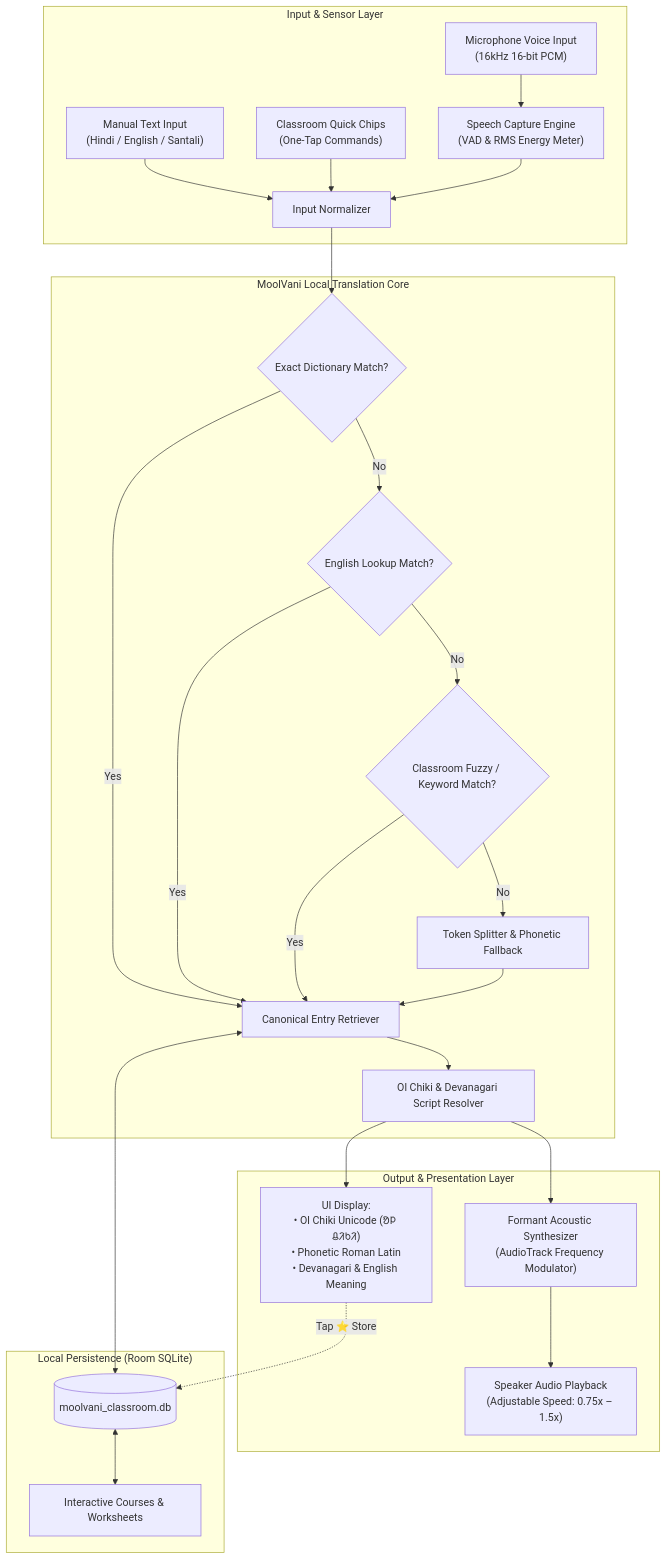
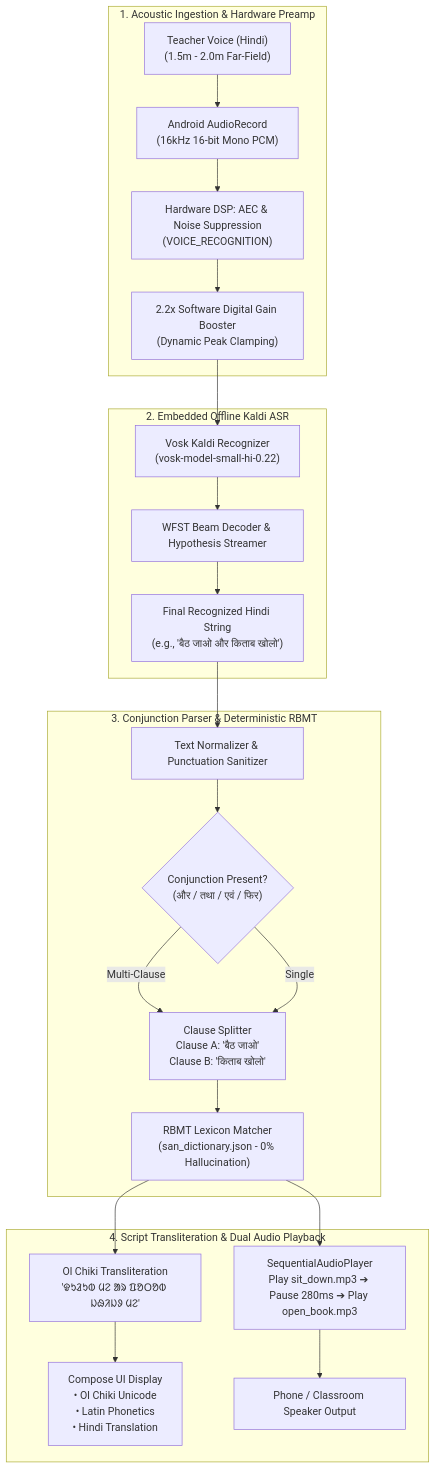
Before and after one commit to VaibhaviShashikantShetty/MoolVani: the diagram in README.md, drawn with Mermaid. The commit also changed other lines of this file, not shown here.

Commit message:
docs: update README with MoolVani 9.0 tech stack, offline Vosk ASR, far-field gain, and workflow

````diff
--- a/README.md
+++ b/README.md
@@ -42,33 +45,29 @@
 ```mermaid
 flowchart TD
-    subgraph Input_Layer ["Input & Sensor Layer"]
-        A1["Microphone Voice Input<br/>(16kHz 16-bit PCM)"] --> B1["Speech Capture Engine<br/>(VAD & RMS Energy Meter)"]
-        A2["Manual Text Input<br/>(Hindi / English / Santali)"] --> C1["Input Normalizer"]
-        A3["Classroom Quick Chips<br/>(One-Tap Commands)"] --> C1
-        B1 --> C1
+    subgraph Acoustic_Layer ["1. Acoustic Ingestion & Hardware Preamp"]
+        MIC["Teacher Voice (Hindi)<br/>(1.5m - 2.0m Far-Field)"] --> AR["Android AudioRecord<br/>(16kHz 16-bit Mono PCM)"]
+        AR --> DSP["Hardware DSP: AEC & Noise Suppression<br/>(VOICE_RECOGNITION)"]
+        DSP --> PREAMP["2.2x Software Digital Gain Booster<br/>(Dynamic Peak Clamping)"]
     end
 
-    subgraph Core_Engine ["MoolVani Local Translation Core"]
-        C1 --> D1{"Exact Dictionary Match?"}
-        D1 -- Yes --> E1["Canonical Entry Retriever"]
-        D1 -- No --> D2{"English Lookup Match?"}
-        D2 -- Yes --> E1
-        D2 -- No --> D3{"Classroom Fuzzy / Keyword Match?"}
-        D3 -- Yes --> E1
-        D3 -- No --> D4["Token Splitter & Phonetic Fallback"]
-        D4 --> E1
-        E1 --> F1["Ol Chiki & Devanagari Script Resolver"]
+    subgraph ASR_Layer ["2. Embedded Offline Kaldi ASR"]
+        PREAMP --> VOSK["Vosk Kaldi Recognizer<br/>(vosk-model-small-hi-0.22)"]
+        VOSK --> WFST["WFST Beam Decoder & Hypothesis Streamer"]
+        WFST --> HINDI_TEXT["Final Recognized Hindi String<br/>(e.g., 'बैठ जाओ और किताब खोलो')"]
     end
 
-    subgraph Output_Layer ["Output & Presentation Layer"]
-        F1 --> G1["UI Display:<br/>• Ol Chiki Unicode (ᱚᱞ ᱪᱤᱠᱤ)<br/>• Phonetic Roman Latin<br/>• Devanagari & English Meaning"]
-        F1 --> G2["Formant Acoustic Synthesizer<br/>(AudioTrack Frequency Modulator)"]
-        G2 --> G3["Speaker Audio Playback<br/>(Adjustable Speed: 0.75x – 1.5x)"]
+    subgraph NLP_Layer ["3. Conjunction Parser & Deterministic RBMT"]
+        HINDI_TEXT --> NORM["Text Normalizer & Punctuation Sanitizer"]
+        NORM --> SPLIT{"Conjunction Present?<br/>(और / तथा / एवं / फिर)"}
+        SPLIT -- Multi-Clause --> CLAUSES["Clause Splitter<br/>Clause A: 'बैठ जाओ'<br/>Clause B: 'किताब खोलो'"]
+        SPLIT -- Single --> CLAUSES
+        CLAUSES --> RBMT["RBMT Lexicon Matcher<br/>(san_dictionary.json - 0% Hallucination)"]
     end
 
-    subgraph Storage_Layer ["Local Persistence (Room SQLite)"]
-        H1[("moolvani_classroom.db")] <--> E1
-        H1 <--> J1["Interactive Courses & Worksheets"]
-        G1 -.->|"Tap ⭐ Store"| H1
+    subgraph Presentation_Layer ["4. Script Transliteration & Dual Audio Playback"]
+        RBMT --> OL_CHIKI["Ol Chiki Transliteration<br/>'ᱫᱩᱲᱩᱵ ᱢᱮ ᱟᱨ ᱯᱚᱛᱚᱵ ᱡᱷᱤᱡᱽ ᱢᱮ'"]
+        OL_CHIKI --> UI["Compose UI Display<br/>• Ol Chiki Unicode<br/>• Latin Phonetics<br/>• Hindi Translation"]
+        RBMT --> SEQ["SequentialAudioPlayer<br/>Play sit_down.mp3 ➔ Pause 280ms ➔ Play open_book.mp3"]
+        SEQ --> SPEAKER["Phone / Classroom Speaker Output"]
     end
 ```
````
